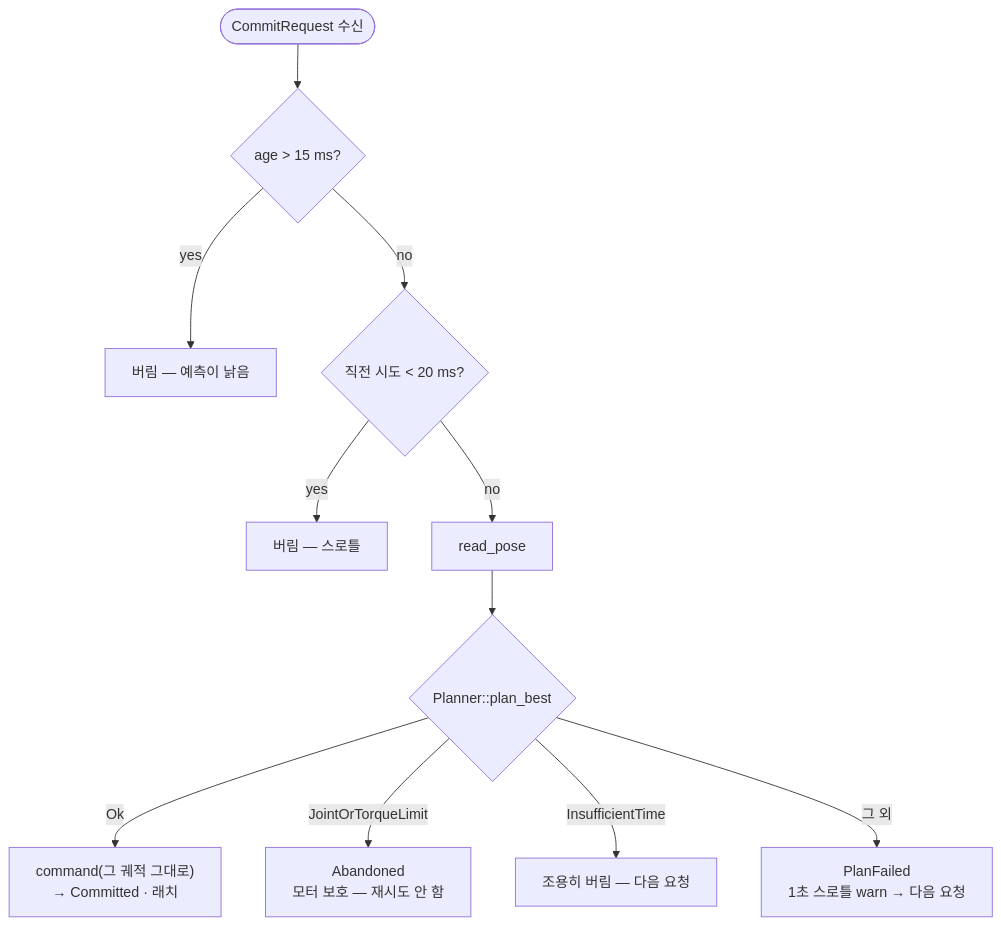
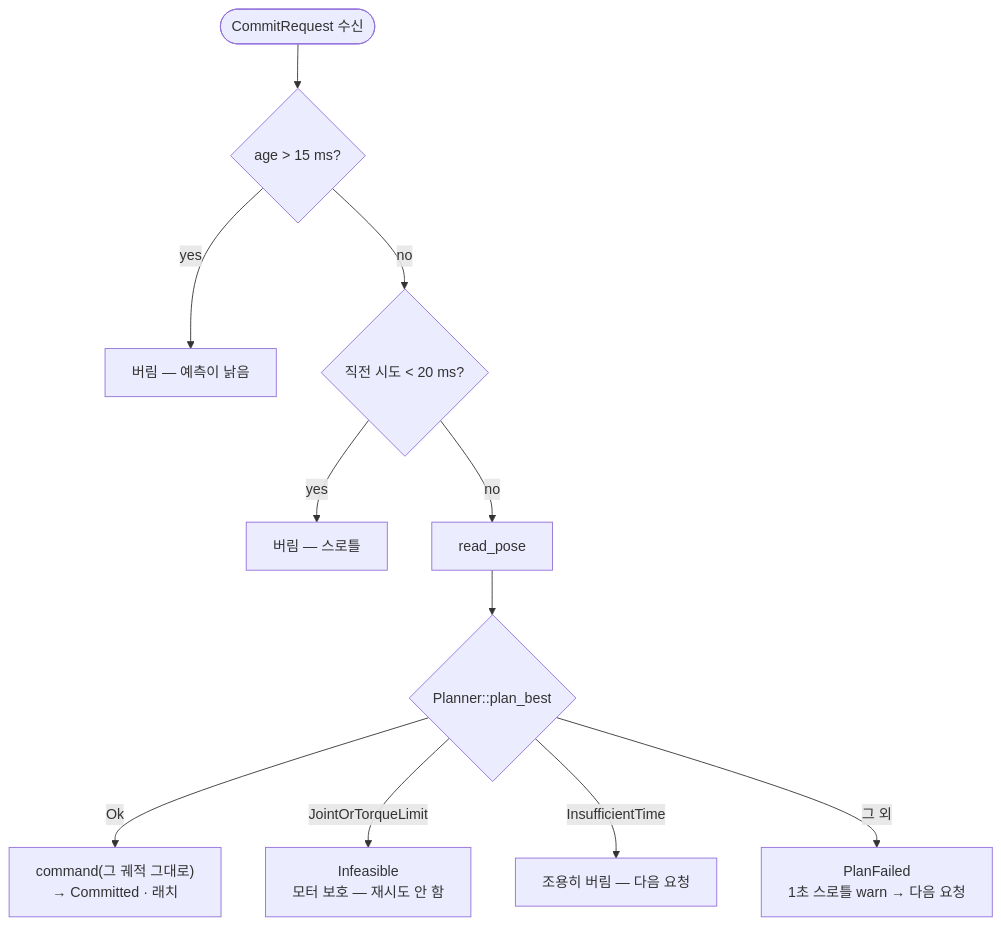
One commit to luv-all/pingpong-bot changed the fourth of 4 diagrams in src/real/README.md. Above: the diagram before and after it, drawn with Mermaid. The commit also changed other lines of this file and 16 other files, not shown here.

````diff
--- a/src/real/README.md
+++ b/src/real/README.md
@@ -150,13 +196,13 @@
 ```mermaid
 flowchart TD
     req(["CommitRequest 수신"]) --> stale{"age > 15 ms?"}
     stale -->|yes| drop["버림 — 예측이 낡음"]
     stale -->|no| thr{"직전 시도 < 20 ms?"}
     thr -->|yes| drop2["버림 — 스로틀"]
     thr -->|no| pose["read_pose"]
     pose --> plan{"Planner::plan_best"}
     plan -->|Ok| cmd["command(그 궤적 그대로)<br/>→ Committed · 래치"]
-    plan -->|JointOrTorqueLimit| abandon["Abandoned<br/>모터 보호 — 재시도 안 함"]
+    plan -->|JointOrTorqueLimit| abandon["Infeasible<br/>모터 보호 — 재시도 안 함"]
     plan -->|InsufficientTime| retry["조용히 버림 — 다음 요청"]
     plan -->|그 외| warn["PlanFailed<br/>1초 스로틀 warn → 다음 요청"]
 ```
````
